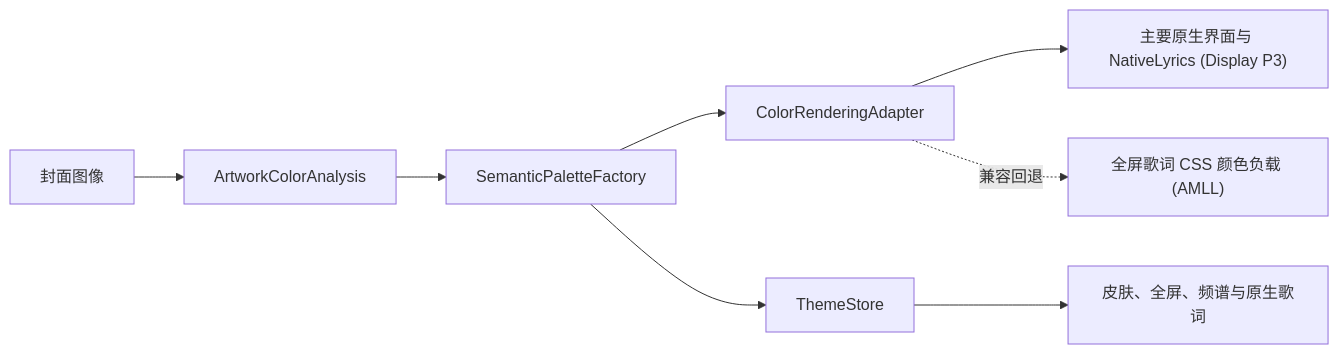
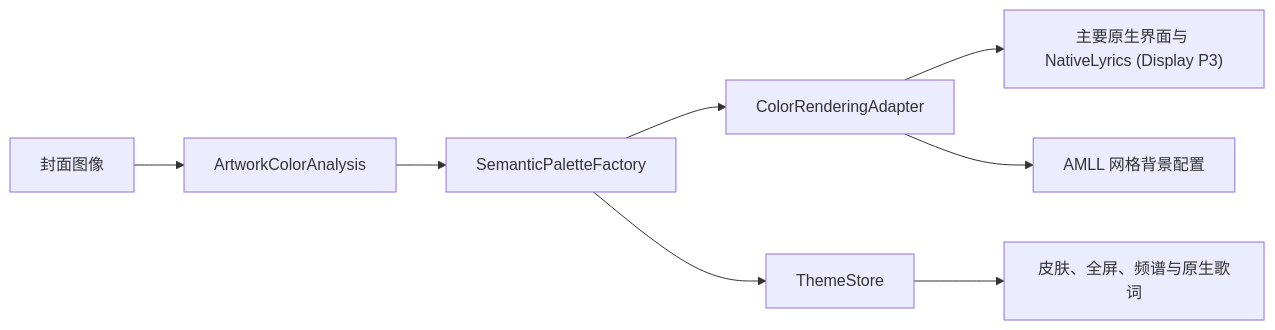
Before and after one commit to kmgcc/kmgccc_player: the diagram in docs/color-system.md, drawn with Mermaid. The commit also changed other lines of this file and 293 other files, not shown here.

````diff
--- a/docs/color-system.md
+++ b/docs/color-system.md
@@ -5,10 +5,10 @@
 ```mermaid
 flowchart LR
     Artwork["封面图像"] --> Analysis["ArtworkColorAnalysis"]
     Analysis --> Palette["SemanticPaletteFactory"]
     Palette --> Adapter["ColorRenderingAdapter"]
     Adapter --> Native["主要原生界面与 NativeLyrics (Display P3)"]
-    Adapter -. 兼容回退 .-> Web["全屏歌词 CSS 颜色负载 (AMLL)"]
+    Adapter --> Background["AMLL 网格背景配置"]
     Palette --> Store["ThemeStore"]
     Store --> Consumers["皮肤、全屏、频谱与原生歌词"]
 ```
````
